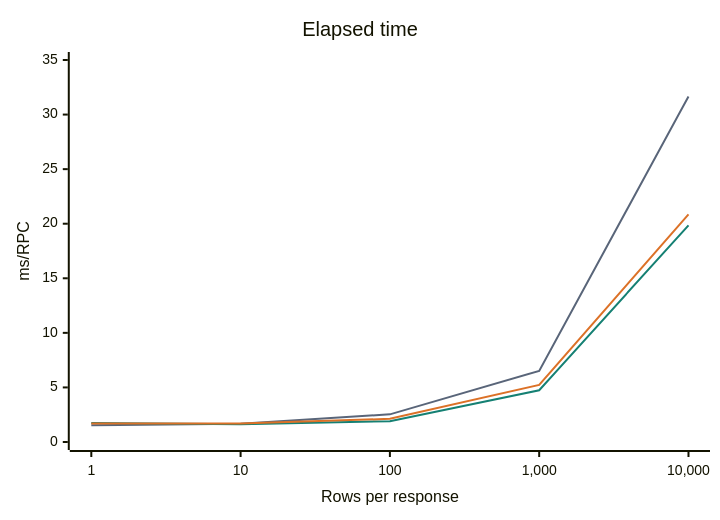
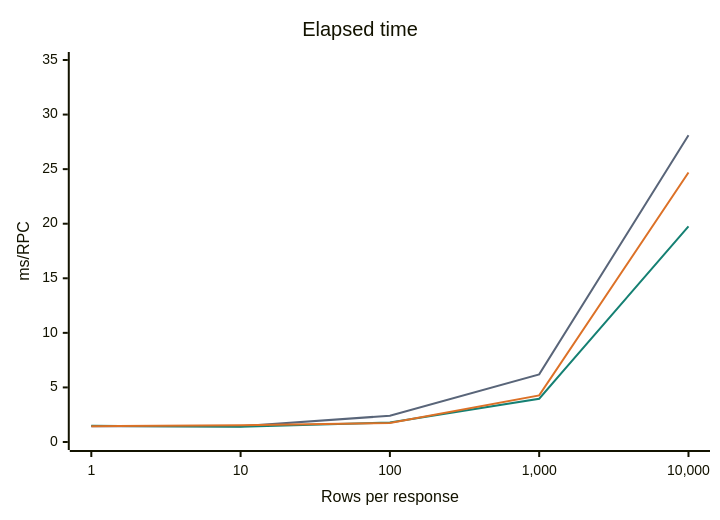
The first of 3 diagrams in QUERY.md (ydb-platform/ydb-go-sdk), drawn with Mermaid before and after one commit. The commit also changed other lines of this file and 7 other files, not shown here.

Commit message:
query: fix Arrow review issues and refresh benchmark charts

````diff
--- a/QUERY.md
+++ b/QUERY.md
@@ -227,15 +227,15 @@
 ```mermaid
 ---
 config:
   themeVariables:
     xyChart:
       plotColorPalette: "#596579, #158073, #dc7127"
 ---
 xychart-beta
     title "Elapsed time"
     x-axis "Rows per response" ["1", "10", "100", "1,000", "10,000"]
     y-axis "ms/RPC" 0 --> 35
-    line "Value" [1.531, 1.669, 2.534, 6.517, 31.660]
-    line "QueryArrow" [1.741, 1.618, 1.908, 4.738, 19.854]
-    line "WithResultFormatArrow" [1.685, 1.688, 2.125, 5.231, 20.848]
+    line "Value" [1.435, 1.446, 2.404, 6.199, 28.099]
+    line "QueryArrow" [1.480, 1.393, 1.778, 3.967, 19.758]
+    line "WithResultFormatArrow" [1.453, 1.529, 1.740, 4.273, 24.689]
 ```
````
